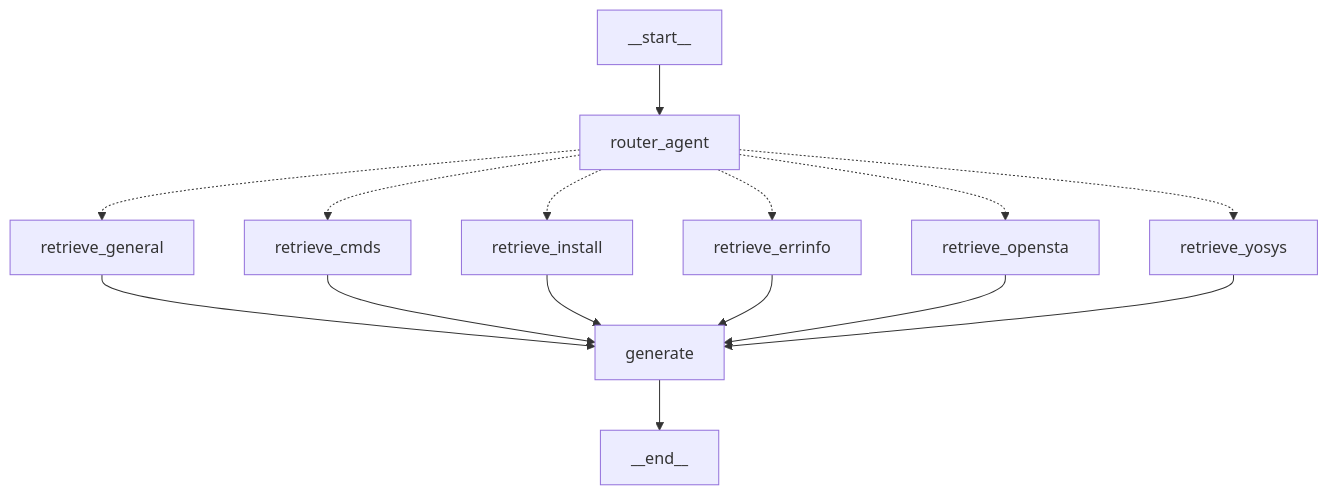
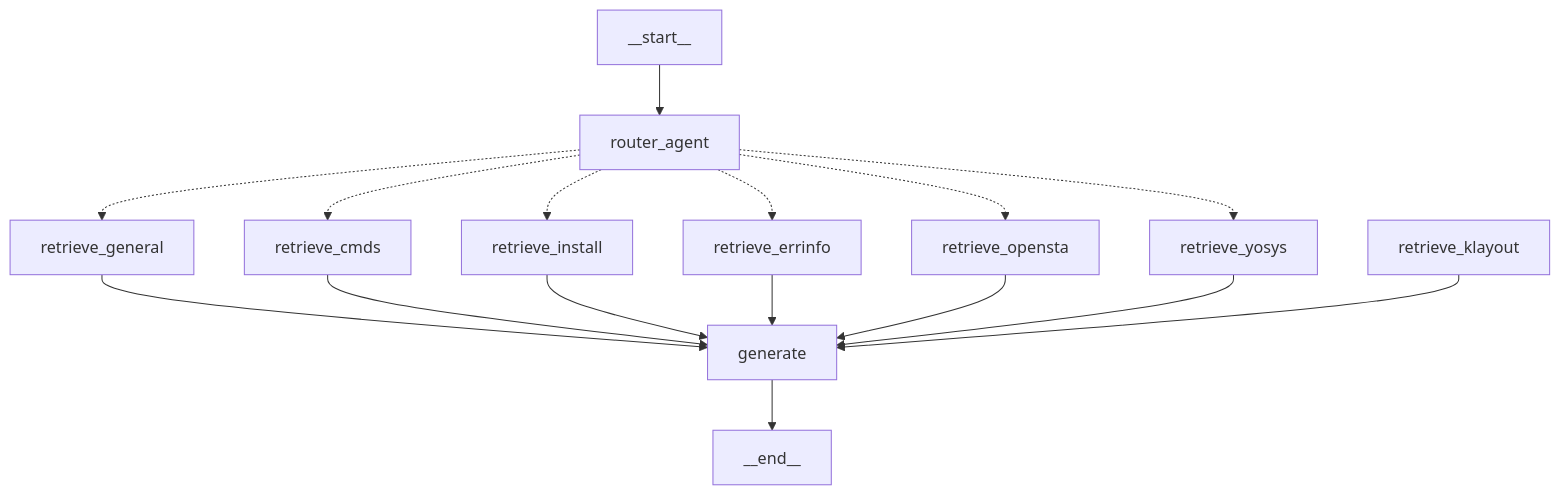
The second of 2 diagrams in README.md (The-OpenROAD-Project/ORAssistant), drawn with Mermaid before and after one commit. The commit also changed other lines of this file, not shown here.

Commit message:
add readme updates for woset acceptance, include klayout

````diff
--- a/README.md
+++ b/README.md
@@ -145,17 +155,18 @@
 ```mermaid
 graph TD
     __start__ --> router_agent
     router_agent -.-> retrieve_general
     router_agent -.-> retrieve_cmds
     router_agent -.-> retrieve_install
     router_agent -.-> retrieve_errinfo
     router_agent -.-> retrieve_opensta
     router_agent -.-> retrieve_yosys
     retrieve_general --> generate
     retrieve_cmds --> generate
     retrieve_install --> generate
     retrieve_errinfo --> generate
     retrieve_opensta --> generate
     retrieve_yosys --> generate
+    retrieve_klayout --> generate
     generate --> __end__
 ```
````
